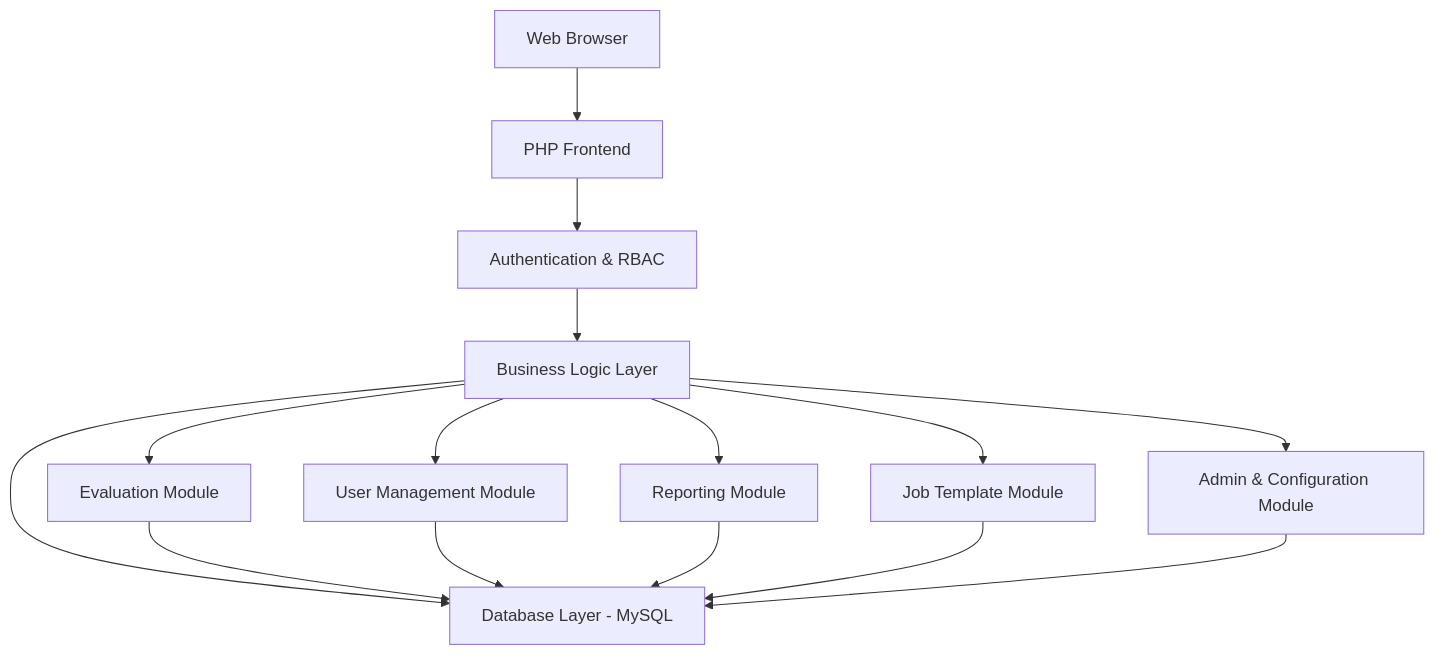
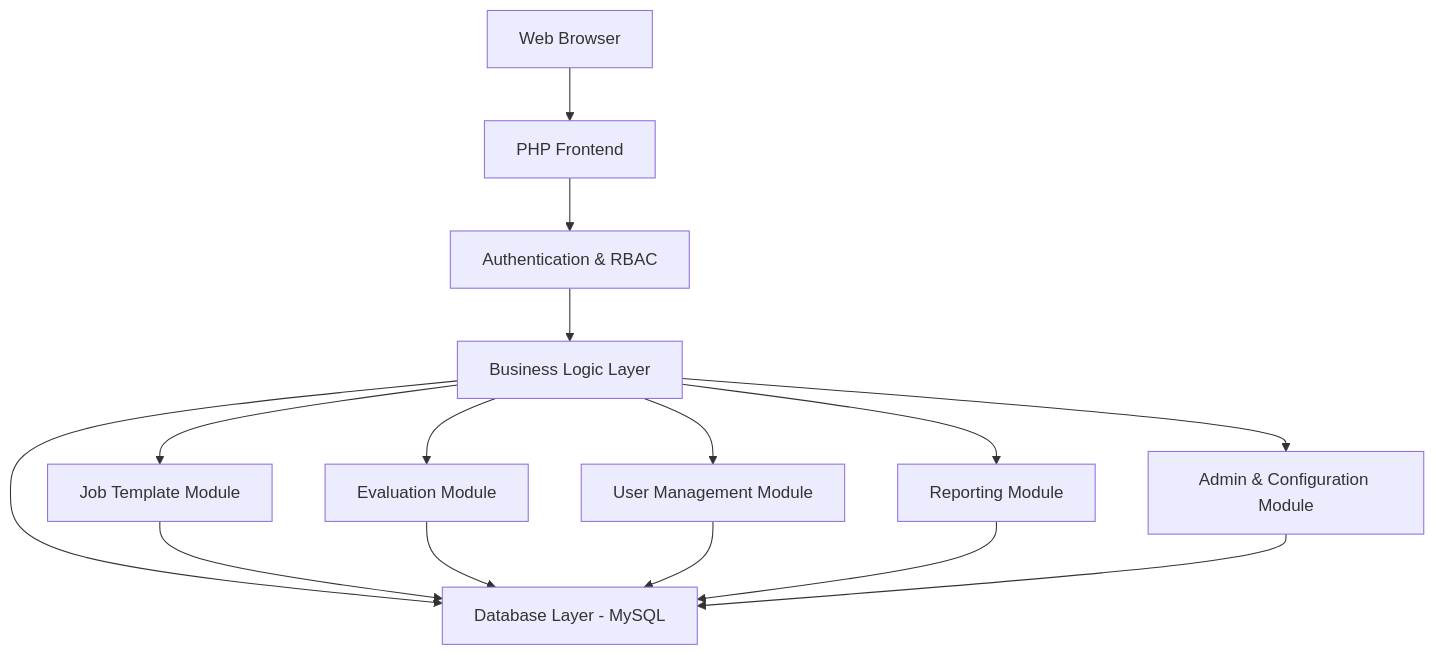
One commit to rascazzione/Universal-Development-HR-Sytem changed the first of 2 diagrams in docs/PROJECT_SPECIFICATION.md. Above: the diagram before and after it, drawn with Mermaid. The commit also changed other lines of this file and 67 other files, not shown here.

````diff
--- a/docs/PROJECT_SPECIFICATION.md
+++ b/docs/PROJECT_SPECIFICATION.md
@@ -65,19 +72,19 @@
 ```mermaid
 graph TB
     A[Web Browser] --> B[PHP Frontend]
     B --> C[Authentication & RBAC]
     C --> D[Business Logic Layer]
     D --> E[Database Layer - MySQL]
 
-    D --> F[Evaluation Module]
-    D --> G[User Management Module]
-    D --> H[Reporting Module]
-    D --> I[Job Template Module]
+    D --> F[Job Template Module]
+    D --> G[Evaluation Module]
+    D --> H[User Management Module]
+    D --> I[Reporting Module]
     D --> J[Admin & Configuration Module]
 
     F --> E
     G --> E
     H --> E
     I --> E
     J --> E
 ```
````
